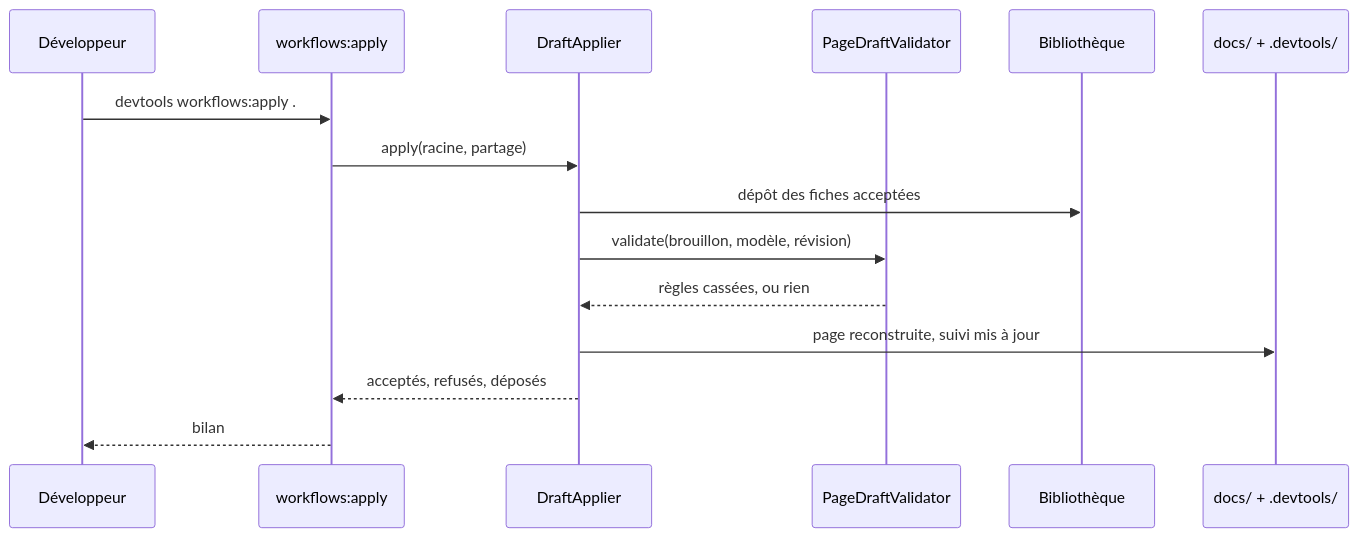
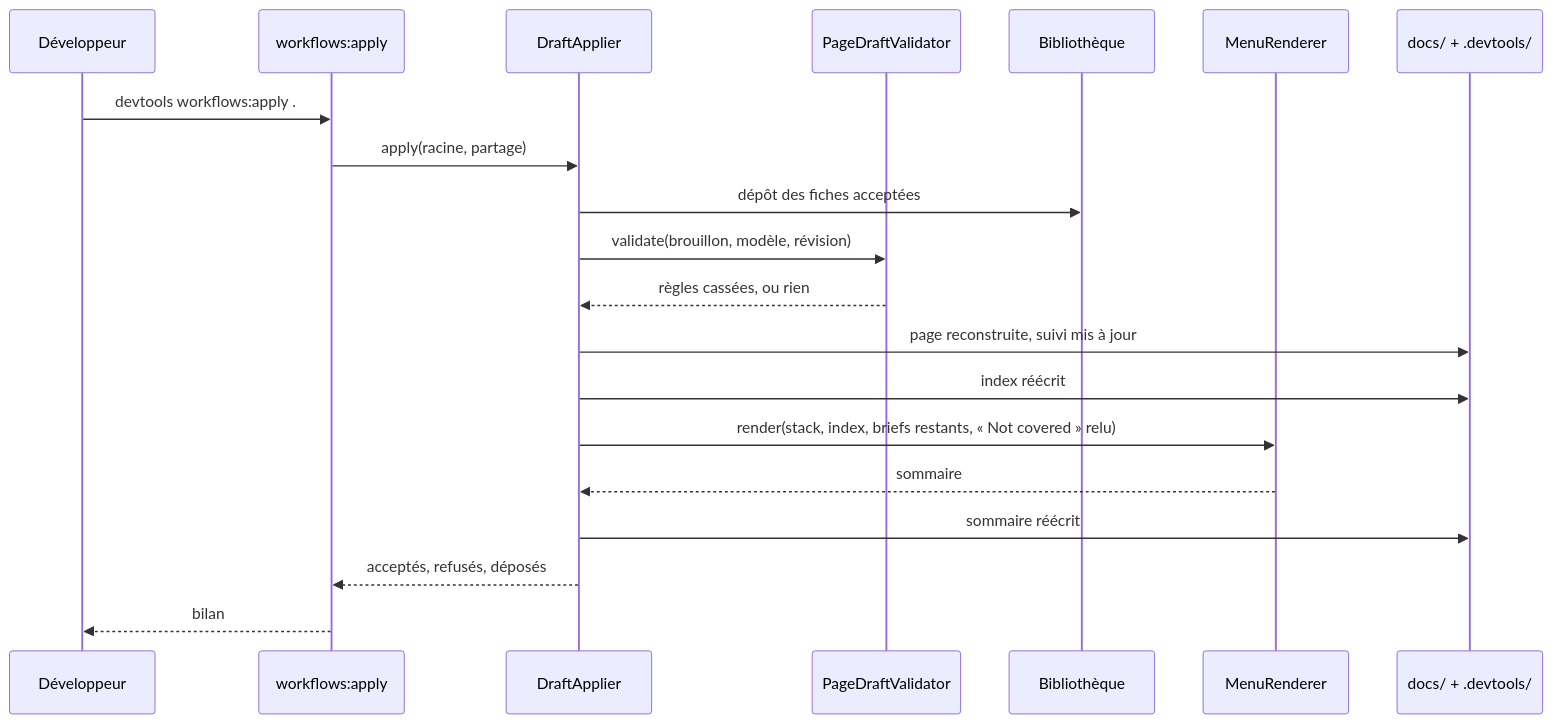
One commit to jul6art/devtools changed the first of 7 diagrams in docs/workflows/commands/workflows.apply.md. Above: the diagram before and after it, drawn with Mermaid. The commit also changed other lines of this file and 30 other files, not shown here.

````diff
--- a/docs/workflows/commands/workflows.apply.md
+++ b/docs/workflows/commands/workflows.apply.md
@@ -18,17 +18,22 @@
 ```mermaid
 sequenceDiagram
   participant U as Développeur
   participant C as workflows:apply
   participant A as DraftApplier
   participant V as PageDraftValidator
   participant L as Bibliothèque
+  participant M as MenuRenderer
   participant D as docs/ + .devtools/
   U->>C: devtools workflows:apply .
   C->>A: apply(racine, partage)
   A->>L: dépôt des fiches acceptées
   A->>V: validate(brouillon, modèle, révision)
   V-->>A: règles cassées, ou rien
   A->>D: page reconstruite, suivi mis à jour
+  A->>D: index réécrit
+  A->>M: render(stack, index, briefs restants, « Not covered » relu)
+  M-->>A: sommaire
+  A->>D: sommaire réécrit
   A-->>C: acceptés, refusés, déposés
   C-->>U: bilan
 ```
````
